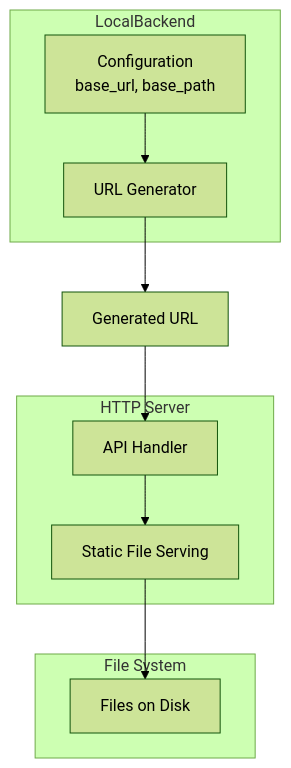
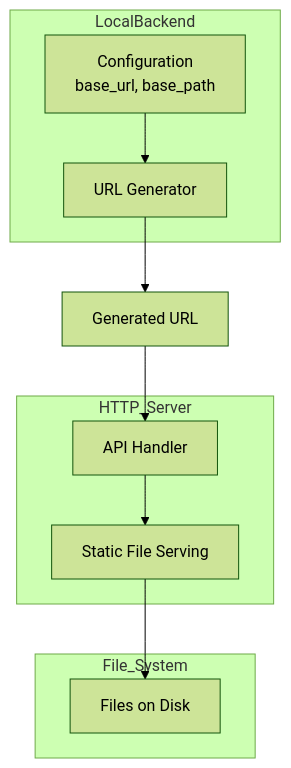
One commit to Lighty-Launcher/LightyUpdater changed the first of 7 diagrams in crates/storage/docs/local.md. Above: the diagram before and after it, drawn with Mermaid (forest theme). The commit also changed other lines of this file and 31 other files, not shown here.

Commit message:
edit mermaid in docs

````diff
--- a/crates/storage/docs/local.md
+++ b/crates/storage/docs/local.md
@@ -9,22 +9,22 @@
 ```mermaid
 graph TB
-    subgraph "LocalBackend"
+    subgraph LocalBackend
         Config[Configuration<br/>base_url, base_path]
         URLGen[URL Generator]
     end
 
-    subgraph "File System"
+    subgraph File_System
         Disk[Files on Disk]
     end
 
-    subgraph "HTTP Server"
+    subgraph HTTP_Server
         API[API Handler]
         Static[Static File Serving]
     end
 
     Config --> URLGen
     URLGen --> URL[Generated URL]
     URL --> API
     API --> Static
     Static --> Disk
 ```
````
